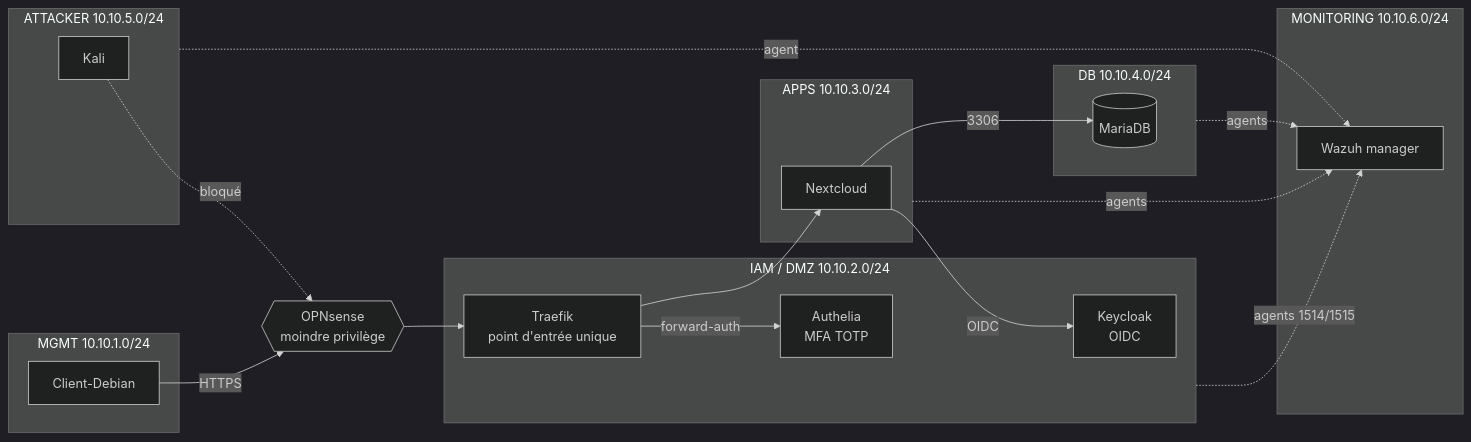
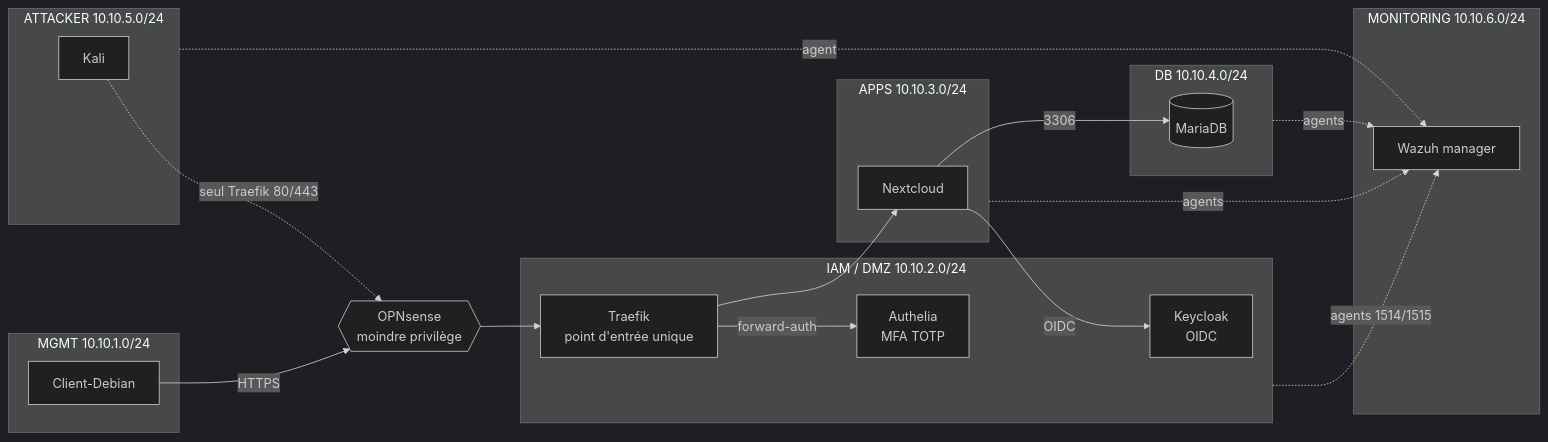
The diagram in README.md (arrach-imane/Architecture-Zero-Trust-en-environnement-virtualis-), drawn with Mermaid (dark theme) before and after one commit. The commit also changed other lines of this file and 1 other file, not shown here.

````diff
--- a/README.md
+++ b/README.md
@@ -14,35 +14,35 @@
 ```mermaid
 flowchart LR
   subgraph ATT[ATTACKER 10.10.5.0/24]
     K[Kali]
   end
   subgraph MG[MGMT 10.10.1.0/24]
     C[Client-Debian]
   end
   subgraph IAM[IAM / DMZ 10.10.2.0/24]
     T[Traefik<br/>point d'entrée unique]
     A[Authelia<br/>MFA TOTP]
     KC[Keycloak<br/>OIDC]
   end
   subgraph APP[APPS 10.10.3.0/24]
     N[Nextcloud]
   end
   subgraph DB[DB 10.10.4.0/24]
     M[(MariaDB)]
   end
   subgraph MON[MONITORING 10.10.6.0/24]
     W[Wazuh manager]
   end
   FW{{OPNsense<br/>moindre privilège}}
 
   C -->|HTTPS| FW --> T
-  K -.->|bloqué| FW
+  K -.->|seul Traefik 80/443| FW
   T -->|forward-auth| A
   T --> N
   N -->|OIDC| KC
   N -->|3306| M
   IAM -. agents 1514/1515 .-> W
   APP -. agents .-> W
   DB -. agents .-> W
   ATT -. agent .-> W
 ```
````
